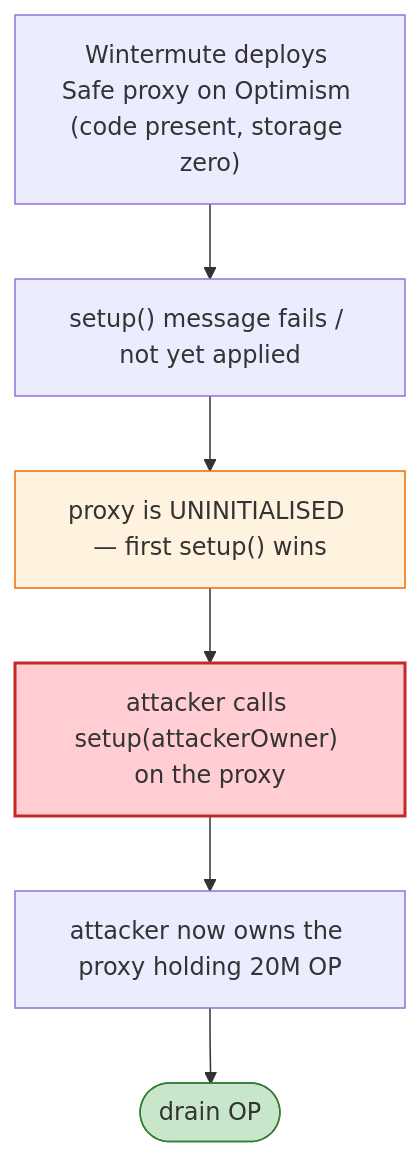
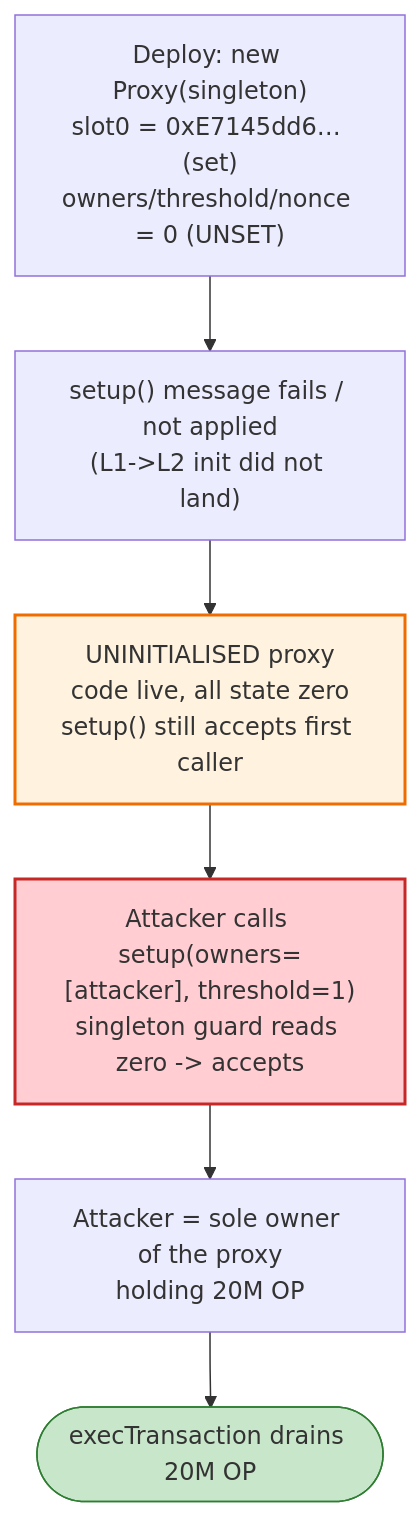
One commit to sanbir/evm-hack-registry changed the second of 4 diagrams in 2022-06-Optimism_exp/Optimism_exp.md. Above: the diagram before and after it, drawn with Mermaid. The commit also changed other lines of this file and 52 other files, not shown here.

````diff
--- a/2022-06-Optimism_exp/Optimism_exp.md
+++ b/2022-06-Optimism_exp/Optimism_exp.md
@@ -44,12 +330,15 @@
 ```mermaid
 flowchart TD
-    D["Wintermute deploys Safe proxy on Optimism (code present, storage zero)"] --> F["setup() message fails / not yet applied"]
-    F --> U["proxy is UNINITIALISED — first setup() wins"]
-    U --> A["attacker calls setup(attackerOwner) on the proxy"]
-    A --> TK["attacker now owns the proxy holding 20M OP"]
-    TK --> OUT(["drain OP"])
+    D["Deploy: new Proxy(singleton)<br/>slot0 = 0xE7145dd6… (set)<br/>owners/threshold/nonce = 0 (UNSET)"]
+    F["setup() message fails / not applied<br/>(L1->L2 init did not land)"]
+    U["UNINITIALISED proxy<br/>code live, all state zero<br/>setup() still accepts first caller"]
+    T["Attacker calls setup(owners=[attacker], threshold=1)<br/>singleton guard reads zero -> accepts"]
+    O["Attacker = sole owner of the proxy<br/>holding 20M OP"]
+    OUT(["execTransaction drains 20M OP"])
 
-    style U fill:#fff3e0,stroke:#ef6c00
-    style A fill:#ffcdd2,stroke:#c62828,stroke-width:2px
+    D --> F --> U --> T --> O --> OUT
+
+    style U fill:#fff3e0,stroke:#ef6c00,stroke-width:2px
+    style T fill:#ffcdd2,stroke:#c62828,stroke-width:2px
     style OUT fill:#c8e6c9,stroke:#2e7d32
 ```
````
